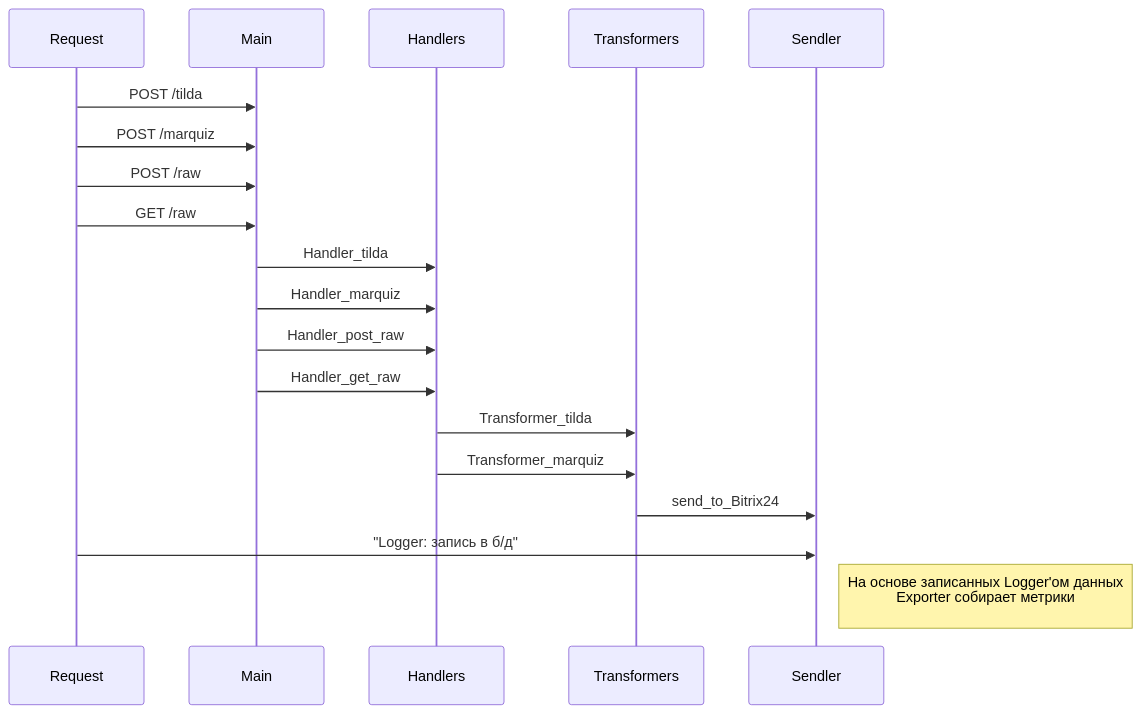
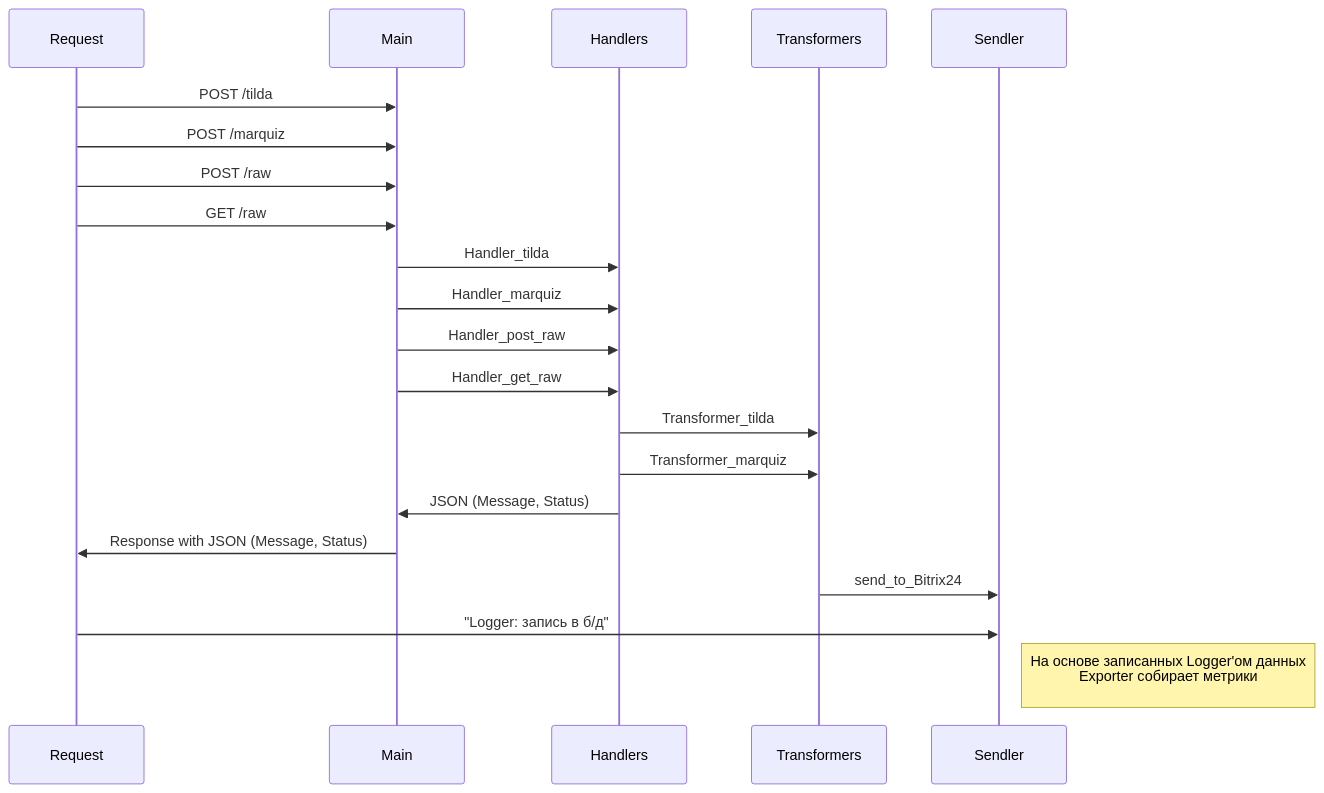
The second of 2 diagrams in README.md (cladendas/otus_project), drawn with Mermaid before and after one commit. The commit also changed other lines of this file, not shown here.

````diff
--- a/README.md
+++ b/README.md
@@ -109,16 +111,18 @@
 ```mermaid
 sequenceDiagram
 Request ->> Main: POST /tilda
 Request ->> Main: POST /marquiz
 Request ->> Main: POST /raw
 Request ->> Main: GET /raw
 Main ->> Handlers: Handler_tilda
 Main ->> Handlers: Handler_marquiz
 Main ->> Handlers: Handler_post_raw
 Main ->> Handlers: Handler_get_raw
 Handlers ->> Transformers: Transformer_tilda
 Handlers ->> Transformers: Transformer_marquiz
+Handlers ->> Main: JSON (Message, Status)
+Main ->> Request: Response with JSON (Message, Status)
 Transformers ->> Sendler: send_to_Bitrix24
 Request ->> Sendler: "Logger: запись в б/д"
 Note right of Sendler: На основе записанных Logger'ом данных<br/>Exporter собирает метрики<br/>
 ```
````
